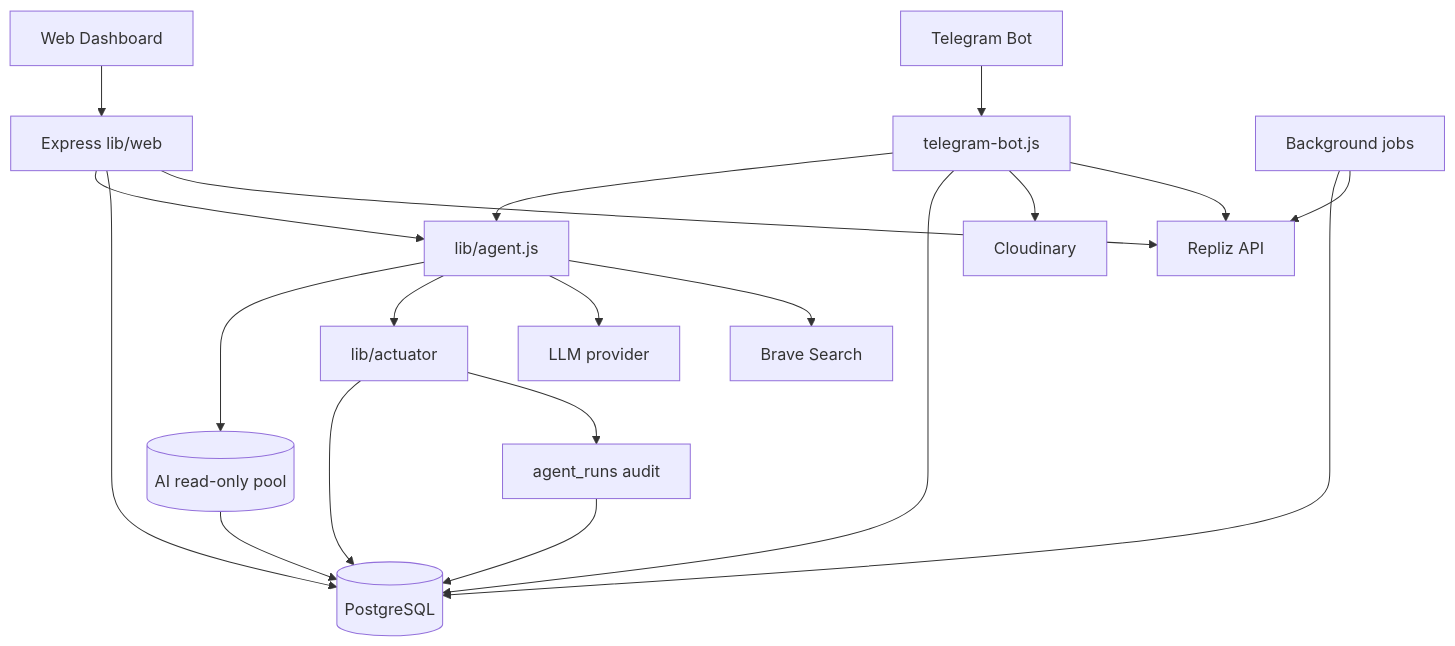
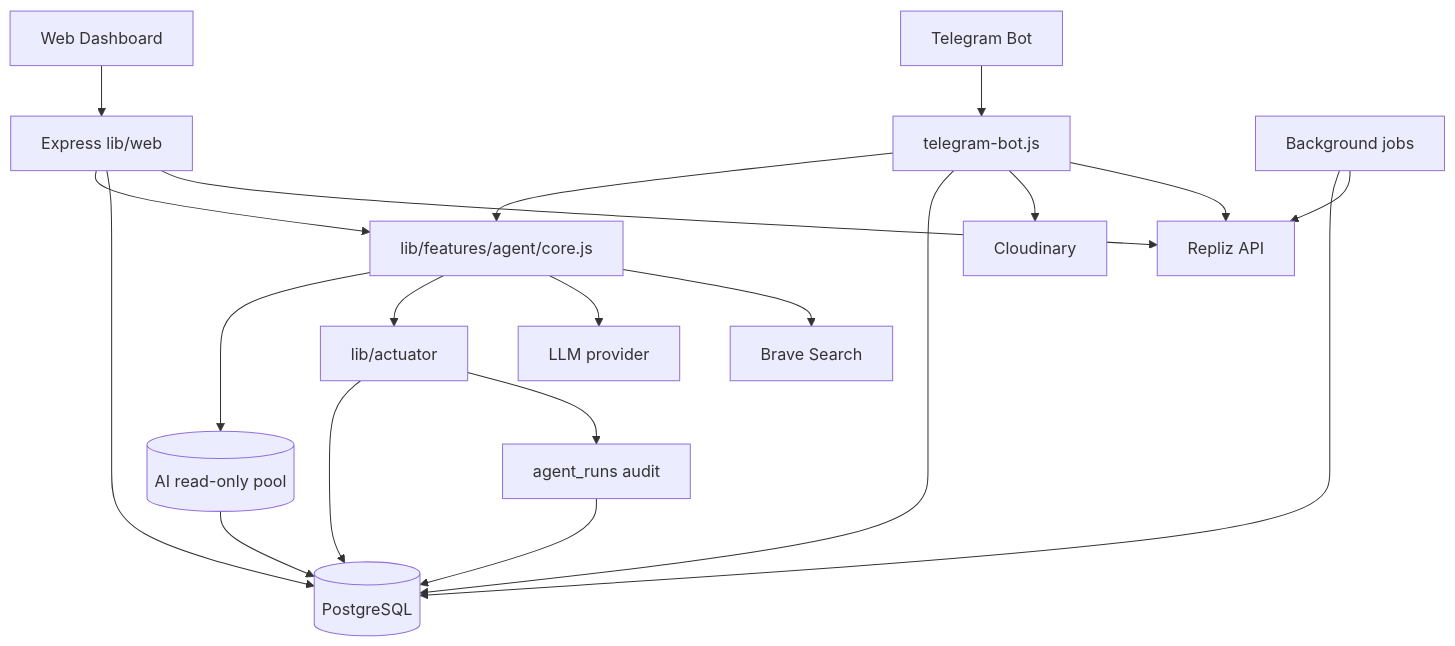
One commit to iggbudi/socai changed the diagram in CODEBASE_WIKI.md. Above: the diagram before and after it, drawn with Mermaid. The commit also changed other lines of this file and 37 other files, not shown here.

Commit message:
refactor(agent): move agent feature to lib/features/ (vertical slicing F6)

````diff
--- a/CODEBASE_WIKI.md
+++ b/CODEBASE_WIKI.md
@@ -102,19 +94,19 @@
 ```mermaid
 flowchart TB
   WEB[Web Dashboard] --> EXPRESS[Express lib/web]
   TG[Telegram Bot] --> BOT[telegram-bot.js]
-  EXPRESS --> AGENT[lib/agent.js]
+  EXPRESS --> AGENT[lib/features/agent/core.js]
   BOT --> AGENT
   AGENT --> RO[(AI read-only pool)] --> PG[(PostgreSQL)]
   AGENT --> ACT[lib/actuator] --> PG
   ACT --> RUNS[agent_runs audit] --> PG
   EXPRESS --> PG
   BOT --> PG
   JOBS[Background jobs] --> PG
   JOBS --> REPLIZ[Repliz API]
   AGENT --> LLM[LLM provider]
   AGENT --> BRAVE[Brave Search]
   BOT --> CLOUD[Cloudinary]
   EXPRESS --> REPLIZ
   BOT --> REPLIZ
 ```
````
